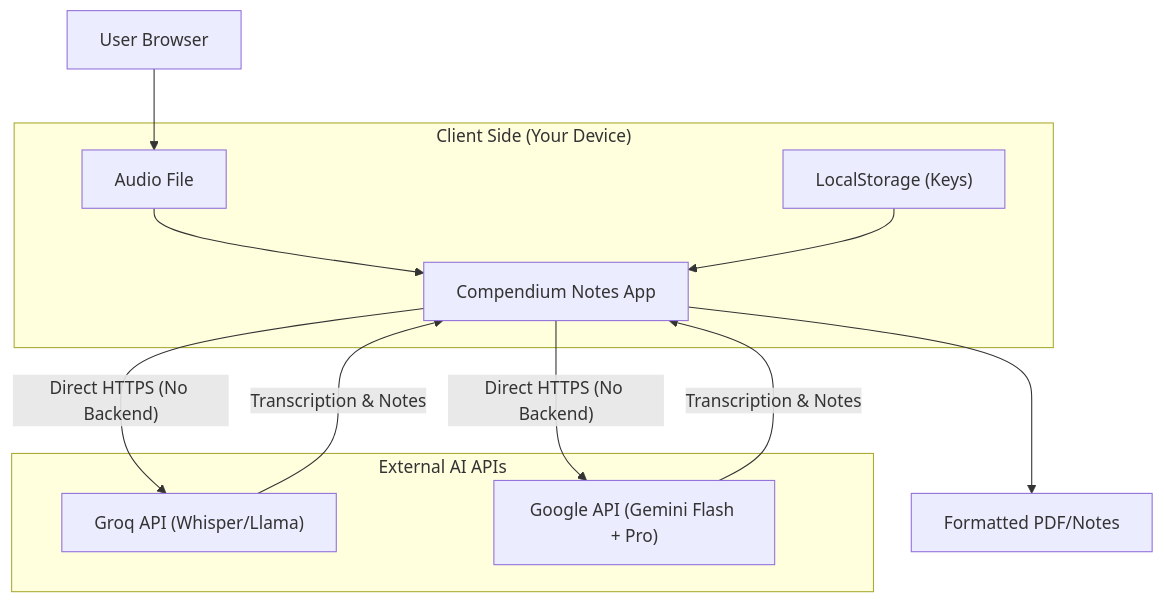
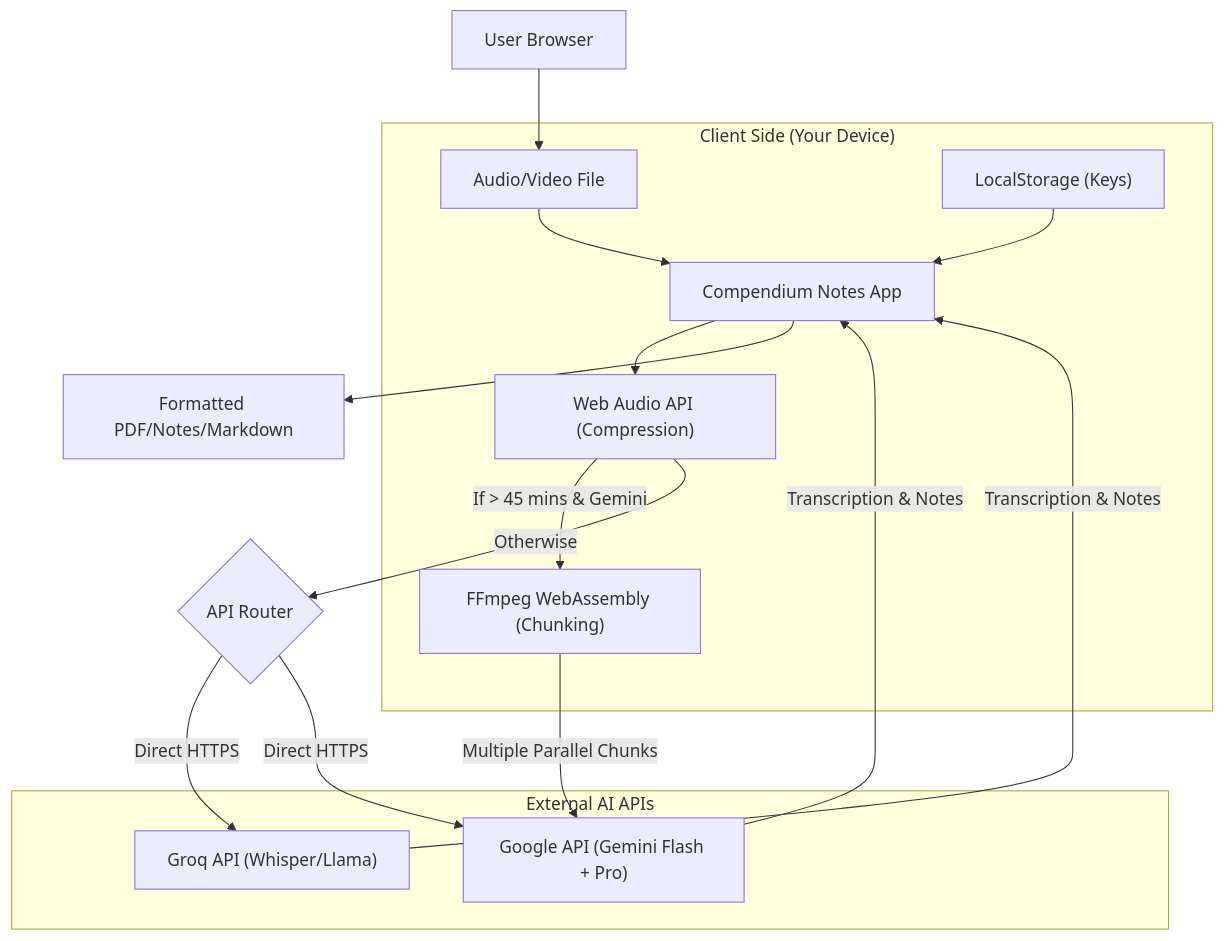
The diagram in README.md (ForcexDev/compendium-notes), drawn with Mermaid before and after one commit. The commit also changed other lines of this file and 26 other files, not shown here.

````diff
--- a/README.md
+++ b/README.md
@@ -68,26 +72,34 @@
 ```mermaid
 graph TD
     User["User Browser"]
     subgraph "Client Side (Your Device)"
-        Upload["Audio File"]
+        Upload["Audio/Video File"]
         Store["LocalStorage (Keys)"]
         App["Compendium Notes App"]
+        AudioAPI["Web Audio API (Compression)"]
+        FFmpeg["FFmpeg WebAssembly (Chunking)"]
     end
     
     subgraph "External AI APIs"
         Groq["Groq API (Whisper/Llama)"]
         Gemini["Google API (Gemini Flash + Pro)"]
     end
 
     User --> Upload
     Upload --> App
     Store --> App
     
-    App -- "Direct HTTPS (No Backend)" --> Groq
-    App -- "Direct HTTPS (No Backend)" --> Gemini
+    App --> AudioAPI
+    AudioAPI -- "If > 45 mins & Gemini" --> FFmpeg
+    AudioAPI -- "Otherwise" --> APIs
+    FFmpeg -- "Multiple Parallel Chunks" --> Gemini
+    
+    APIs{"API Router"}
+    APIs -- "Direct HTTPS" --> Groq
+    APIs -- "Direct HTTPS" --> Gemini
     
     Groq -- "Transcription & Notes" --> App
     Gemini -- "Transcription & Notes" --> App
     
-    App --> Result["Formatted PDF/Notes"]
+    App --> Result["Formatted PDF/Notes/Markdown"]
 ```
````
